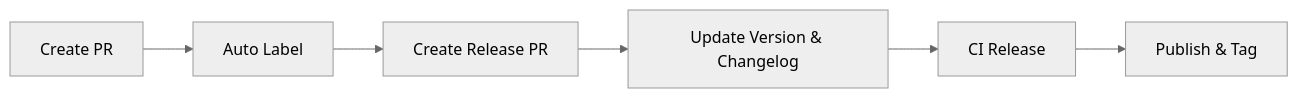
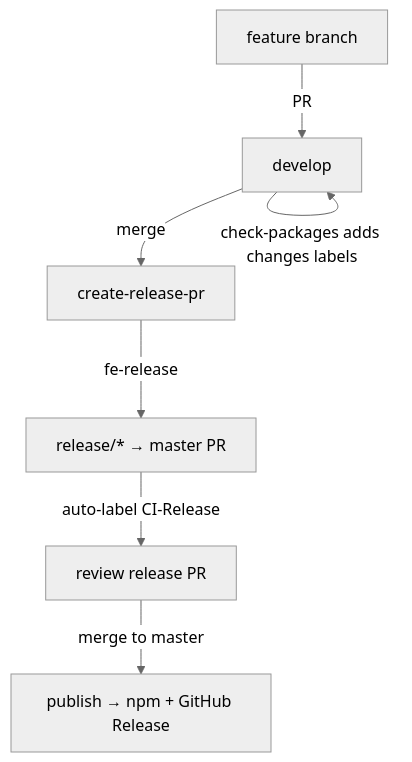
One commit to qlover/fe-base changed the diagram in packages/fe-release/README_EN.md. Above: the diagram before and after it, drawn with Mermaid (neutral theme). The commit also changed other lines of this file and 2 other files, not shown here.

First line of the commit message:
docs(fe-release): update README and comments for clarity and consistency

````diff
--- a/packages/fe-release/README_EN.md
+++ b/packages/fe-release/README_EN.md
@@ -210,8 +222,9 @@
 ```mermaid
-graph LR
-    A[Create PR] --> B[Auto Label]
-    B --> C[Create Release PR]
-    C --> D[Update Version & Changelog]
-    D --> E[CI Release]
-    E --> F[Publish & Tag]
+graph TD
+    A[feature branch] -->|PR| B[develop]
+    B -->|check-packages adds changes labels| B
+    B -->|merge| C[create-release-pr]
+    C -->|fe-release| D[release/* → master PR]
+    D -->|auto-label CI-Release| E[review release PR]
+    E -->|merge to master| F[publish → npm + GitHub Release]
 ```
````
